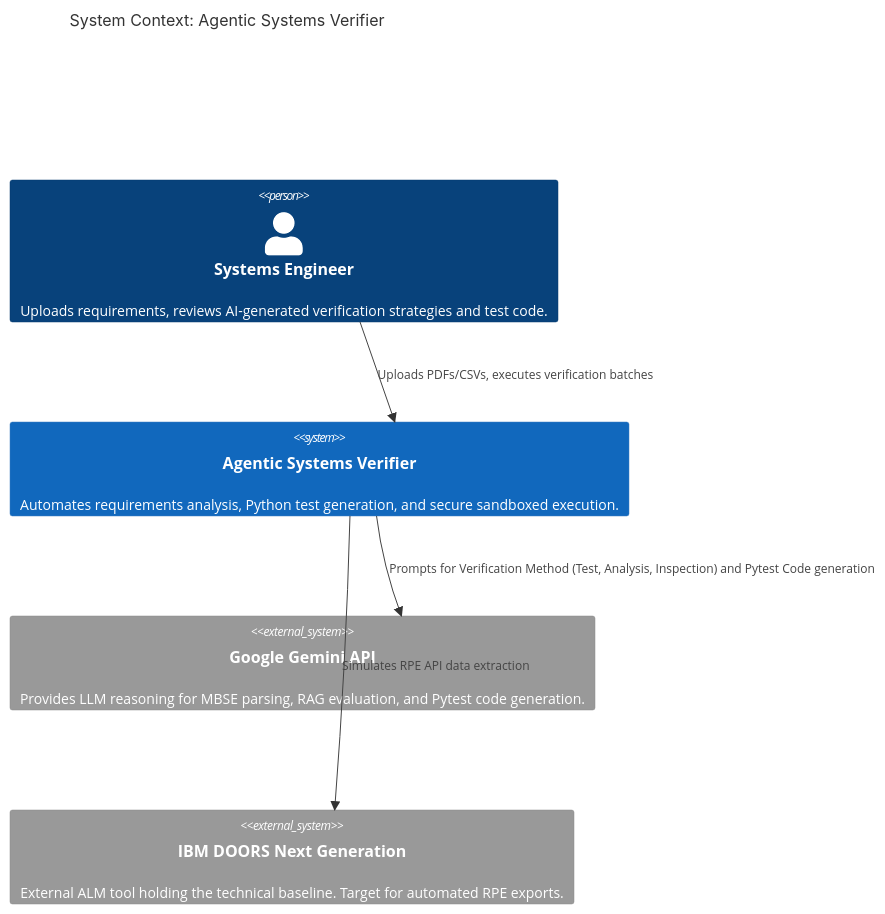
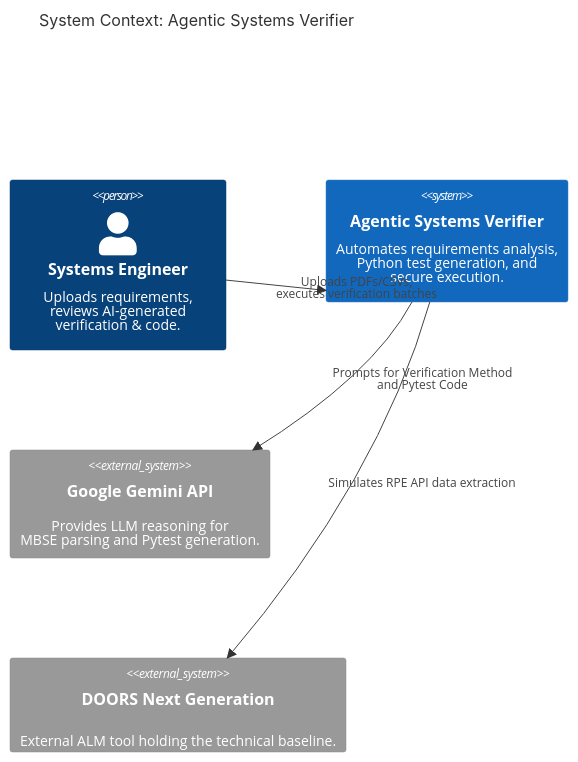
The first of 3 diagrams in ARCHITECTURE.md (camirian/agentic-systems-verifier), drawn with Mermaid before and after one commit. The commit also changed other lines of this file and 1 other file, not shown here.

Commit message:
docs: Fix C4 Mermaid diagram text overlaps with directional hooks and line breaks

````diff
--- a/ARCHITECTURE.md
+++ b/ARCHITECTURE.md
@@ -10,15 +10,15 @@
 ```mermaid
 C4Context
     title System Context: Agentic Systems Verifier
 
-    Person(SysEng, "Systems Engineer", "Uploads requirements, reviews AI-generated verification strategies and test code.")
+    Person(SysEng, "Systems Engineer", "Uploads requirements,<br>reviews AI-generated<br>verification & code.")
     
-    System(AgenticVerifier, "Agentic Systems Verifier", "Automates requirements analysis, Python test generation, and secure sandboxed execution.")
+    System(AgenticVerifier, "Agentic Systems Verifier", "Automates requirements analysis,<br>Python test generation, and<br>secure execution.")
     
-    System_Ext(GeminiAPI, "Google Gemini API", "Provides LLM reasoning for MBSE parsing, RAG evaluation, and Pytest code generation.")
-    System_Ext(DOORS, "IBM DOORS Next Generation", "External ALM tool holding the technical baseline. Target for automated RPE exports.")
+    System_Ext(GeminiAPI, "Google Gemini API", "Provides LLM reasoning for<br>MBSE parsing and Pytest generation.")
+    System_Ext(DOORS, "DOORS Next Generation", "External ALM tool holding the technical baseline.")
 
-    Rel(SysEng, AgenticVerifier, "Uploads PDFs/CSVs, executes verification batches")
-    Rel(AgenticVerifier, GeminiAPI, "Prompts for Verification Method (Test, Analysis, Inspection) and Pytest Code generation")
-    Rel(AgenticVerifier, DOORS, "Simulates RPE API data extraction")
+    Rel_D(SysEng, AgenticVerifier, "Uploads PDFs/CSVs,<br>executes verification batches")
+    Rel_R(AgenticVerifier, GeminiAPI, "Prompts for Verification Method<br>and Pytest Code")
+    Rel_D(AgenticVerifier, DOORS, "Simulates RPE API data extraction")
 ```
````
